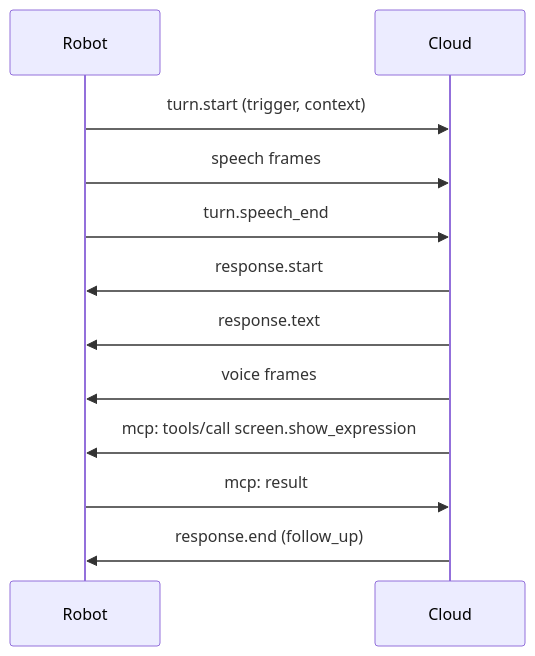
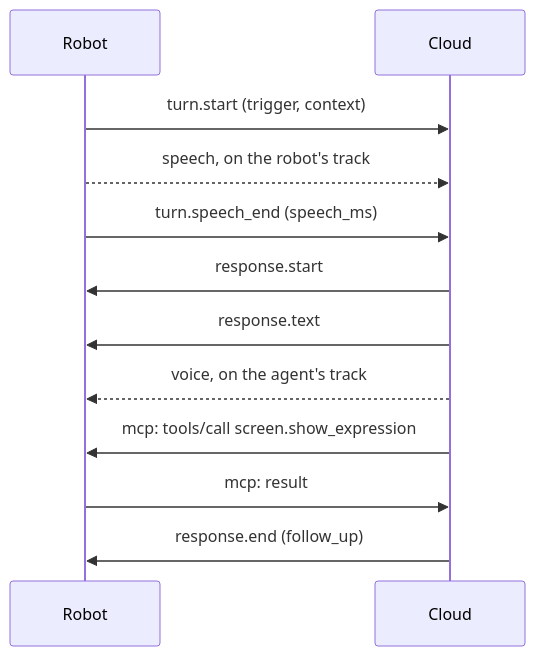
Before and after one commit to trungnguyen278/AI-robot: the diagram in protocol/cloud/README.md, drawn with Mermaid. The commit also changed other lines of this file and 30 other files, not shown here.

````diff
--- a/protocol/cloud/README.md
+++ b/protocol/cloud/README.md
@@ -224,14 +215,14 @@
 ```mermaid
 sequenceDiagram
     participant R as Robot
     participant C as Cloud
     R->>C: turn.start (trigger, context)
-    R->>C: speech frames
-    R->>C: turn.speech_end
+    R-->>C: speech, on the robot's track
+    R->>C: turn.speech_end (speech_ms)
     C->>R: response.start
     C->>R: response.text
-    C->>R: voice frames
+    C-->>R: voice, on the agent's track
     C->>R: mcp: tools/call screen.show_expression
     R->>C: mcp: result
     C->>R: response.end (follow_up)
 ```
````
